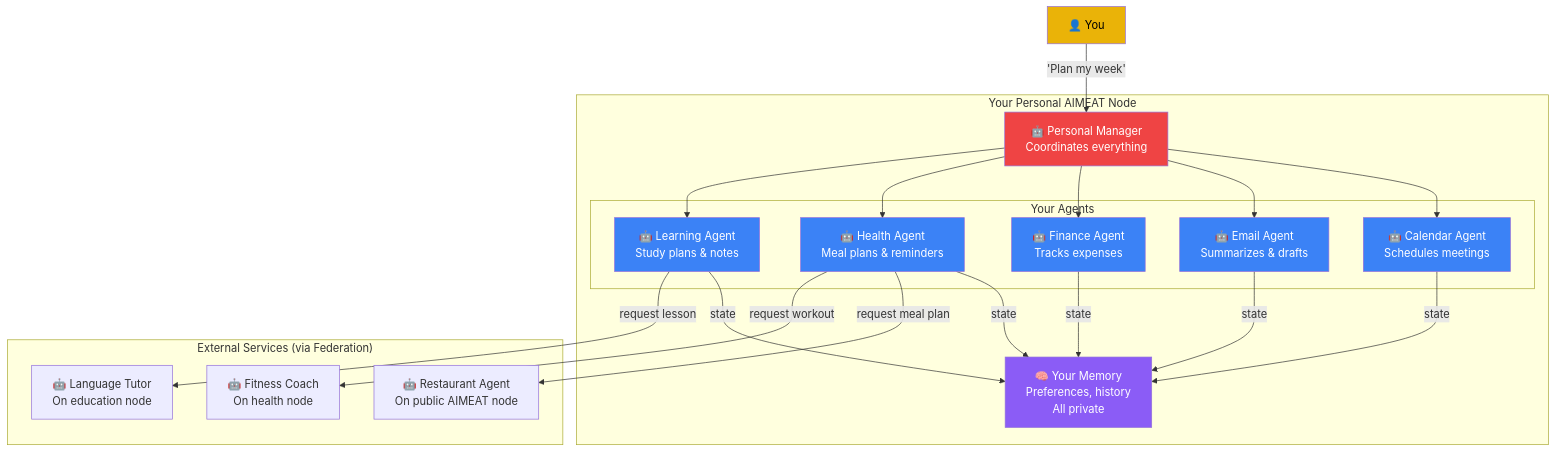
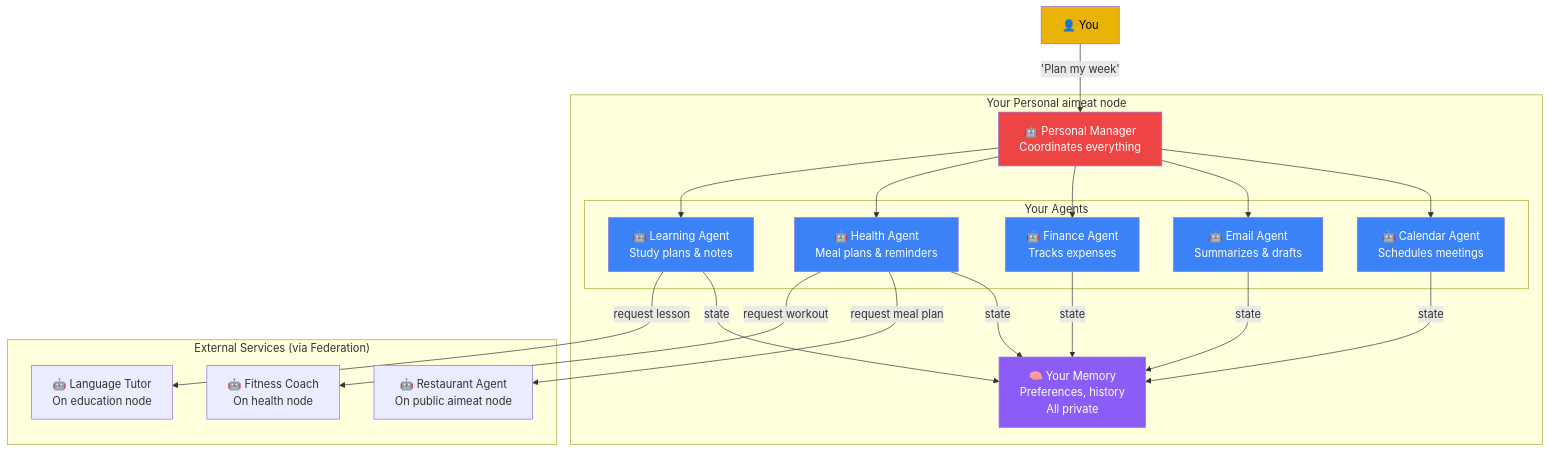
The fifth of 6 diagrams in docs/mermaidjs/06-building-systems.md (miikkij/aimeat-protocol), drawn with Mermaid before and after one commit. The commit also changed 86 other files, not shown here.

````diff
--- a/docs/mermaidjs/06-building-systems.md
+++ b/docs/mermaidjs/06-building-systems.md
@@ -167,41 +167,41 @@
 ```mermaid
 graph TB
     User["👤 You"]
 
-    subgraph YourNode["Your Personal AIMEAT Node"]
+    subgraph YourNode["Your Personal aimeat node"]
         Manager["🤖 Personal Manager\nCoordinates everything"]
 
         subgraph Assistants["Your Agents"]
             Calendar["🤖 Calendar Agent\nSchedules meetings"]
             Email["🤖 Email Agent\nSummarizes & drafts"]
             Finance["🤖 Finance Agent\nTracks expenses"]
             Health["🤖 Health Agent\nMeal plans & reminders"]
             Learning["🤖 Learning Agent\nStudy plans & notes"]
         end
 
         Memory["🧠 Your Memory\nPreferences, history\nAll private"]
     end
 
     subgraph External["External Services (via Federation)"]
-        Restaurant["🤖 Restaurant Agent\nOn public AIMEAT node"]
+        Restaurant["🤖 Restaurant Agent\nOn public aimeat node"]
         Tutor["🤖 Language Tutor\nOn education node"]
         Fitness["🤖 Fitness Coach\nOn health node"]
     end
 
     User -->|"'Plan my week'"| Manager
     Manager --> Calendar & Email & Finance & Health & Learning
     Calendar & Email & Finance & Health & Learning -->|"state"| Memory
 
     Health -->|"request meal plan"| Restaurant
     Learning -->|"request lesson"| Tutor
     Health -->|"request workout"| Fitness
 
     style User fill:#eab308,color:#000
     style Manager fill:#ef4444,color:#fff
     style Memory fill:#8b5cf6,color:#fff
     style Calendar fill:#3b82f6,color:#fff
     style Email fill:#3b82f6,color:#fff
     style Finance fill:#3b82f6,color:#fff
     style Health fill:#3b82f6,color:#fff
     style Learning fill:#3b82f6,color:#fff
 ```
````
